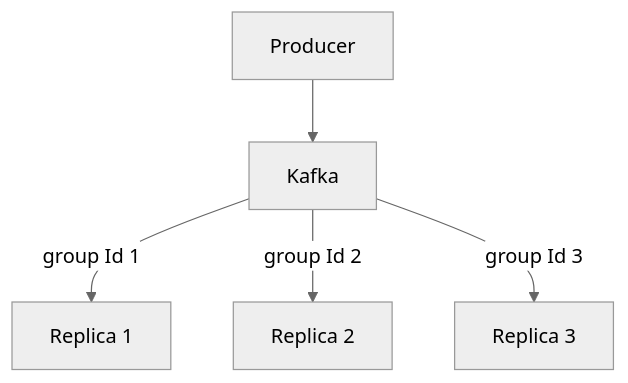
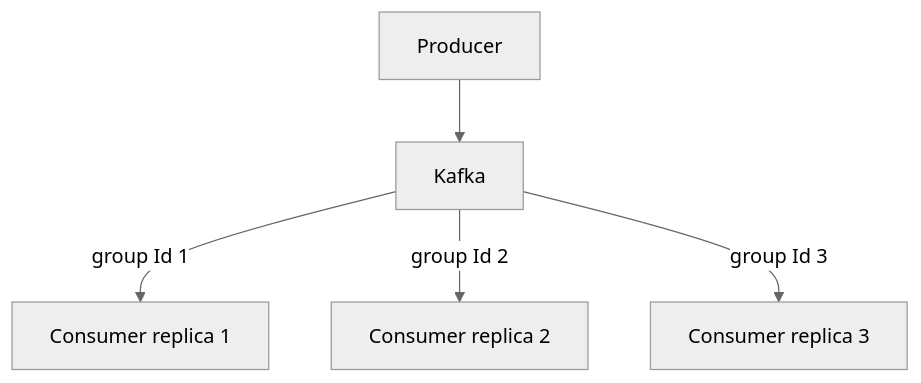
The diagram in README.md (shkvik/nestjs-kafka-producer), drawn with Mermaid (neutral theme) before and after one commit. The commit also changed other lines of this file, not shown here.

````diff
--- a/README.md
+++ b/README.md
@@ -48,7 +48,7 @@
 ```mermaid
 flowchart TD
     P["Producer"] --> K["Kafka"]
-    K -->|group Id 1| A["Replica 1"]
-    K -->|group Id 2| B["Replica 2"]
-    K -->|group Id 3| C["Replica 3"]
+    K -->|group Id 1| A["Consumer replica 1"]
+    K -->|group Id 2| B["Consumer replica 2"]
+    K -->|group Id 3| C["Consumer replica 3"]
 ```
````
